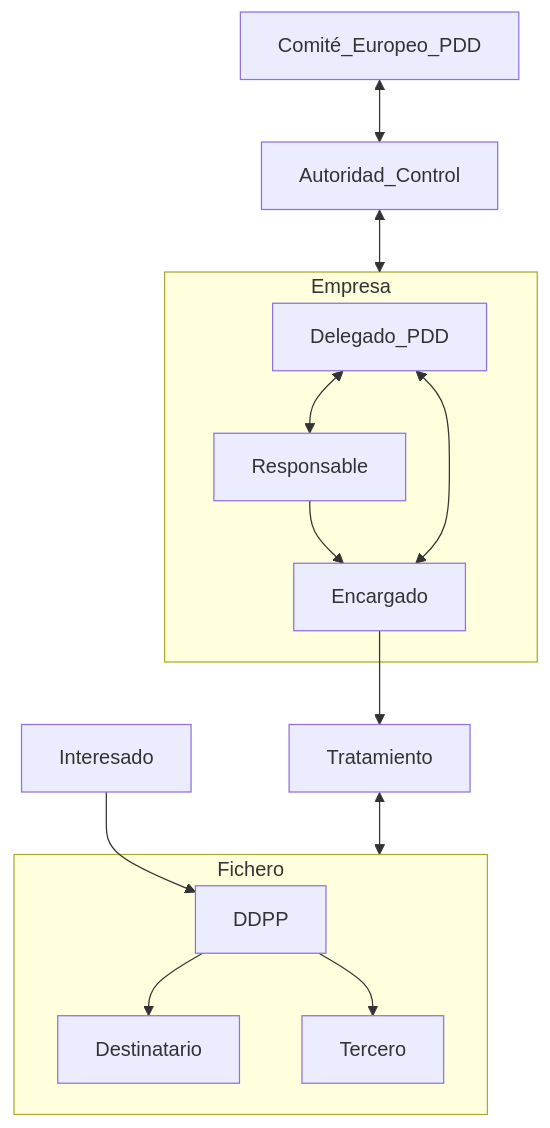
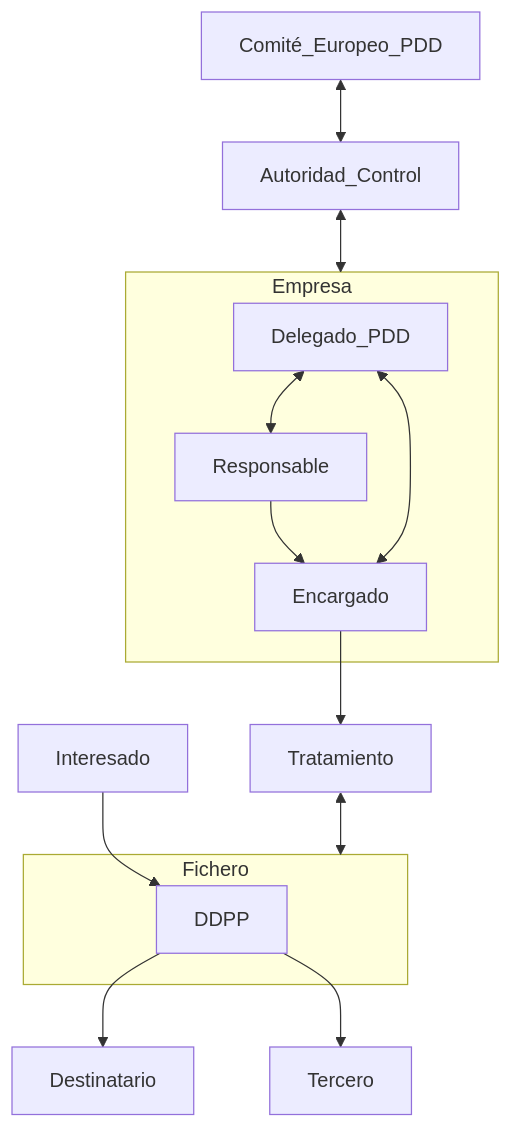
The first of 4 diagrams in EPI/4-1/Seguridad/Examen 1.md (alexZeLoCO/vault-101), drawn with Mermaid before and after one commit. The commit also changed other lines of this file, not shown here.

````diff
--- a/EPI/4-1/Seguridad/Examen 1.md
+++ b/EPI/4-1/Seguridad/Examen 1.md
@@ -186,19 +186,20 @@
 ```mermaid
 flowchart TD
 	Comité_Europeo_PDD <--> Autoridad_Control
 	subgraph Empresa
 		Delegado_PDD <--> Responsable
 	    Responsable --> Encargado
 		Delegado_PDD <--> Encargado
 	end
 	Encargado --> Tratamiento
 	Autoridad_Control <--> Empresa
 	subgraph Fichero
-		DDPP --> Destinatario
-		DDPP --> Tercero
+		 DDPP
     end
+	DDPP --> Destinatario
+	DDPP --> Tercero
 	Tratamiento <--> Fichero
 	Destinatario
 	Tercero
 	Interesado --> DDPP
 ```
````
